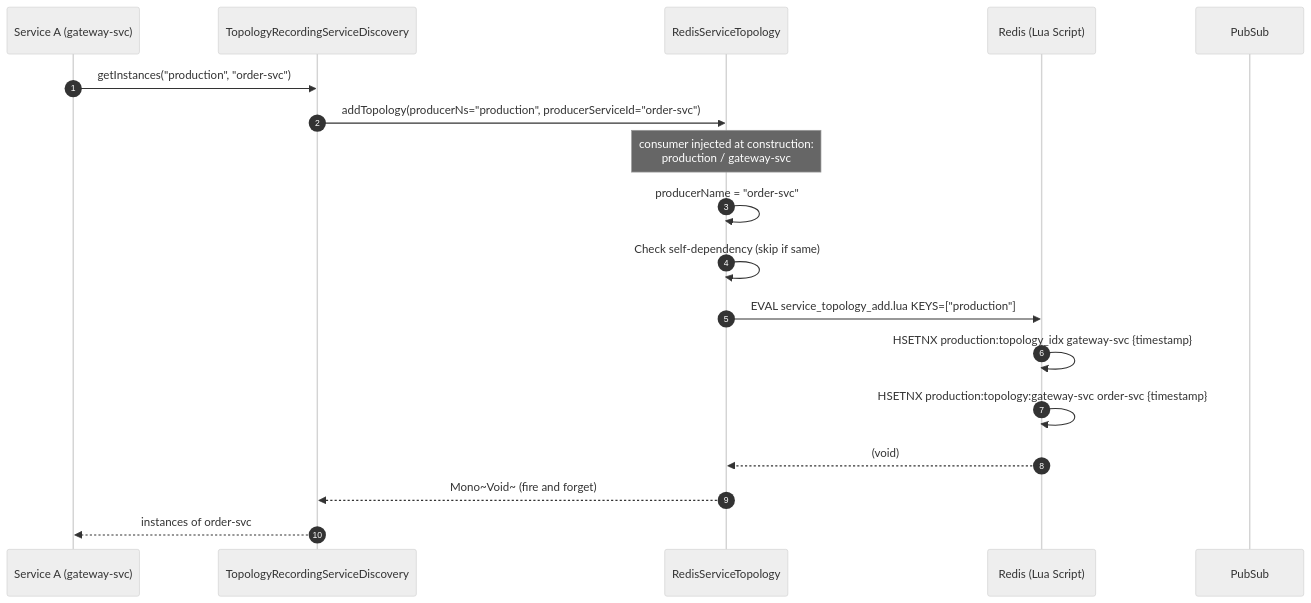
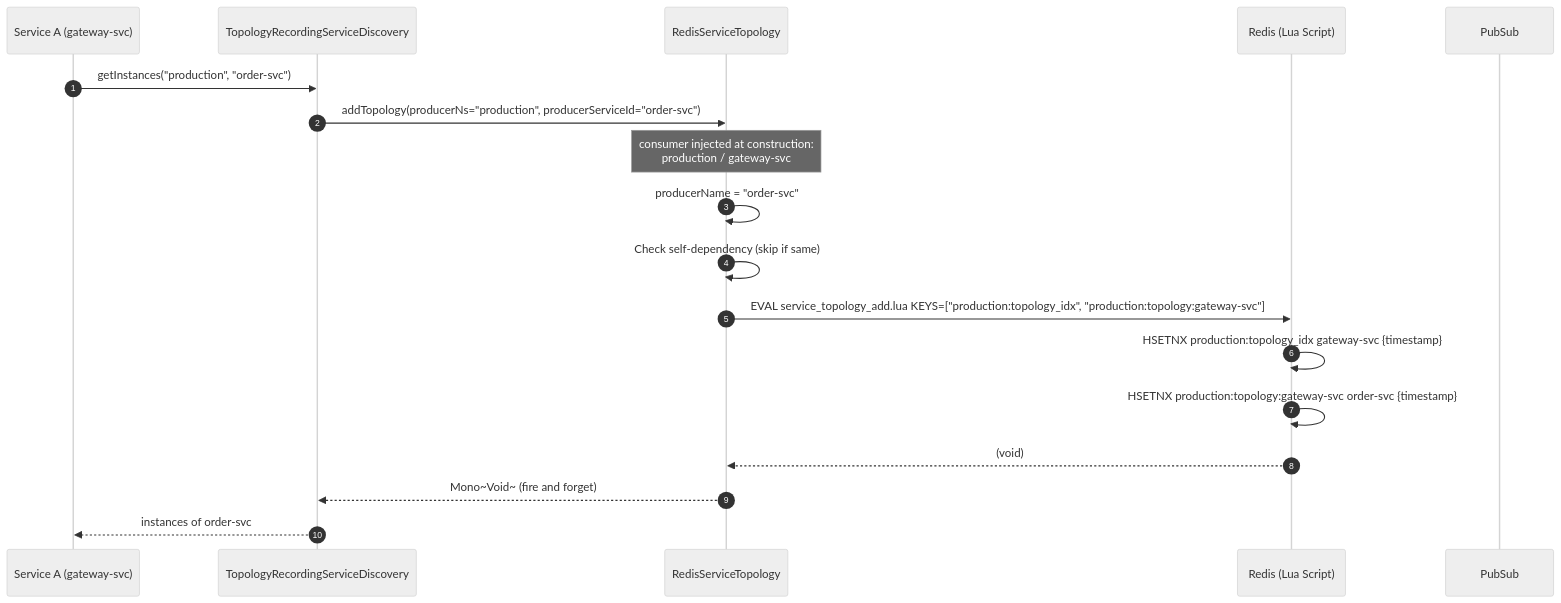
The third of 5 diagrams in wiki/guide/service-topology.md (Ahoo-Wang/CoSky), drawn with Mermaid (neutral theme) before and after one commit. The commit also changed other lines of this file and 26 other files, not shown here.

````diff
--- a/wiki/guide/service-topology.md
+++ b/wiki/guide/service-topology.md
@@ -109,21 +109,21 @@
 ```mermaid
 sequenceDiagram
     autonumber
     participant SvcA as Service A (gateway-svc)
     participant TRD as TopologyRecordingServiceDiscovery
     participant RST as RedisServiceTopology
     participant Redis as Redis (Lua Script)
     participant Sub as PubSub
 
     SvcA->>TRD: getInstances("production", "order-svc")
     TRD->>RST: addTopology(producerNs="production", producerServiceId="order-svc")
     Note over RST: consumer injected at construction:<br>production / gateway-svc
     RST->>RST: producerName = "order-svc"
     RST->>RST: Check self-dependency (skip if same)
-    RST->>Redis: EVAL service_topology_add.lua KEYS=["production"]
+    RST->>Redis: EVAL service_topology_add.lua KEYS=["production:topology_idx", "production:topology:gateway-svc"]
     Redis->>Redis: HSETNX production:topology_idx gateway-svc {timestamp}
     Redis->>Redis: HSETNX production:topology:gateway-svc order-svc {timestamp}
     Redis-->>RST: (void)
     RST-->>TRD: Mono~Void~ (fire and forget)
     TRD-->>SvcA: instances of order-svc
 ```
````
